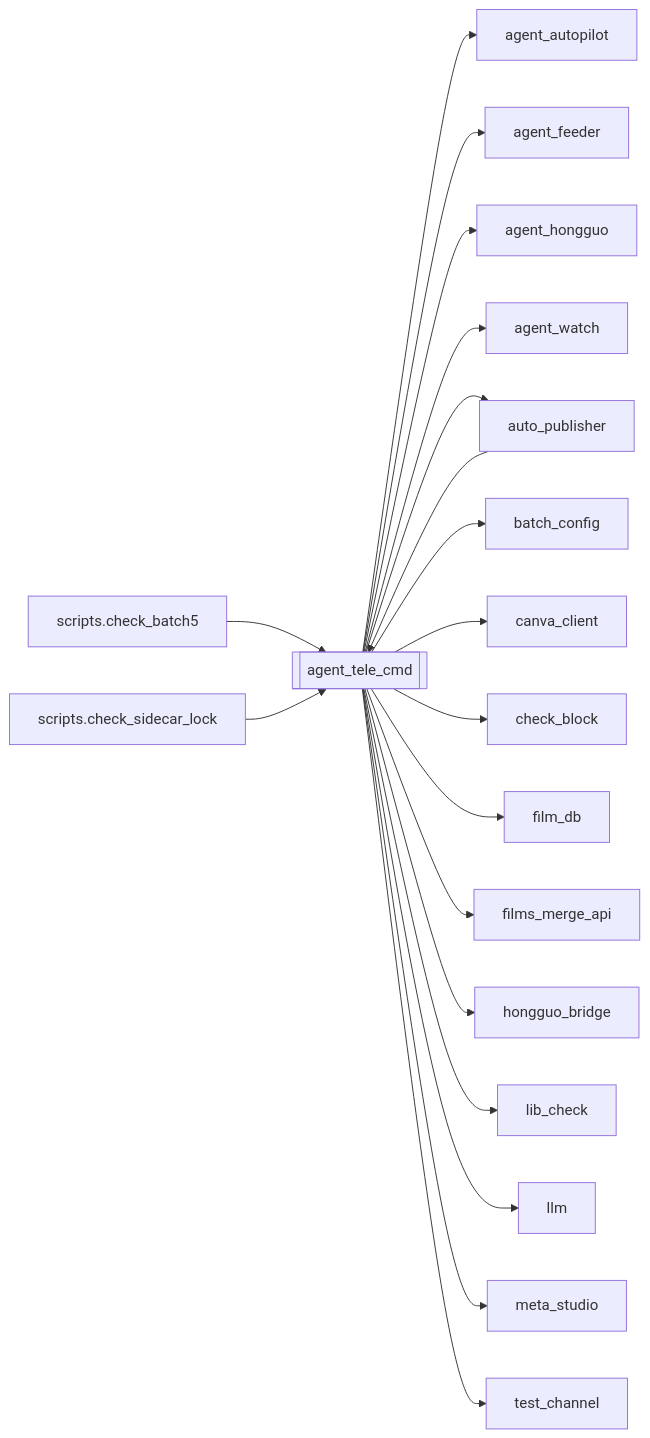
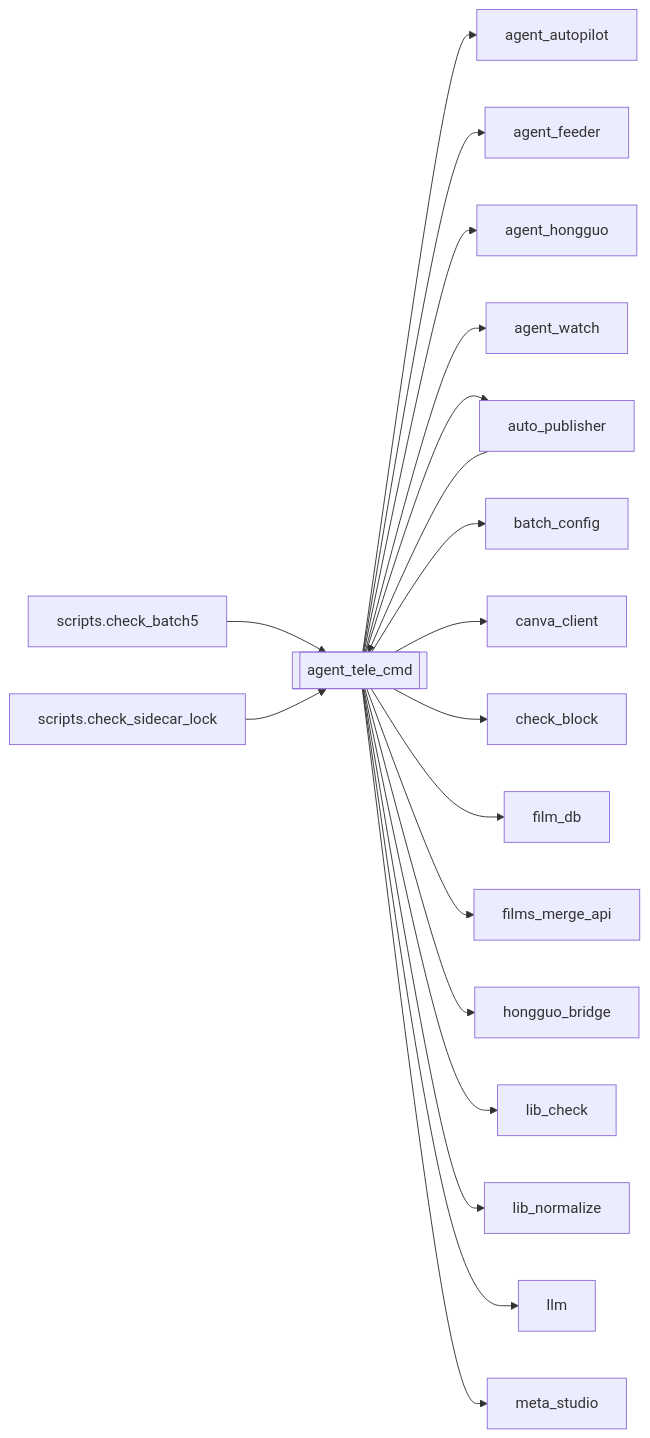
One commit to kjza178/PineLineV4 changed the diagram in docs/brain/modules/agent_tele_cmd.md. Above: the diagram before and after it, drawn with Mermaid. The commit also changed other lines of this file and 200 other files, not shown here.

````diff
--- a/docs/brain/modules/agent_tele_cmd.md
+++ b/docs/brain/modules/agent_tele_cmd.md
@@ -19,22 +19,22 @@
 ```mermaid
 flowchart LR
   agent_tele_cmd[[agent_tele_cmd]]
   auto_publisher[auto_publisher] --> agent_tele_cmd
   scripts_check_batch5[scripts.check_batch5] --> agent_tele_cmd
   scripts_check_sidecar_lock[scripts.check_sidecar_lock] --> agent_tele_cmd
   agent_tele_cmd --> agent_autopilot[agent_autopilot]
   agent_tele_cmd --> agent_feeder[agent_feeder]
   agent_tele_cmd --> agent_hongguo[agent_hongguo]
   agent_tele_cmd --> agent_watch[agent_watch]
   agent_tele_cmd --> auto_publisher[auto_publisher]
   agent_tele_cmd --> batch_config[batch_config]
   agent_tele_cmd --> canva_client[canva_client]
   agent_tele_cmd --> check_block[check_block]
   agent_tele_cmd --> film_db[film_db]
   agent_tele_cmd --> films_merge_api[films_merge_api]
   agent_tele_cmd --> hongguo_bridge[hongguo_bridge]
   agent_tele_cmd --> lib_check[lib_check]
+  agent_tele_cmd --> lib_normalize[lib_normalize]
   agent_tele_cmd --> llm[llm]
   agent_tele_cmd --> meta_studio[meta_studio]
-  agent_tele_cmd --> test_channel[test_channel]
 ```
````
